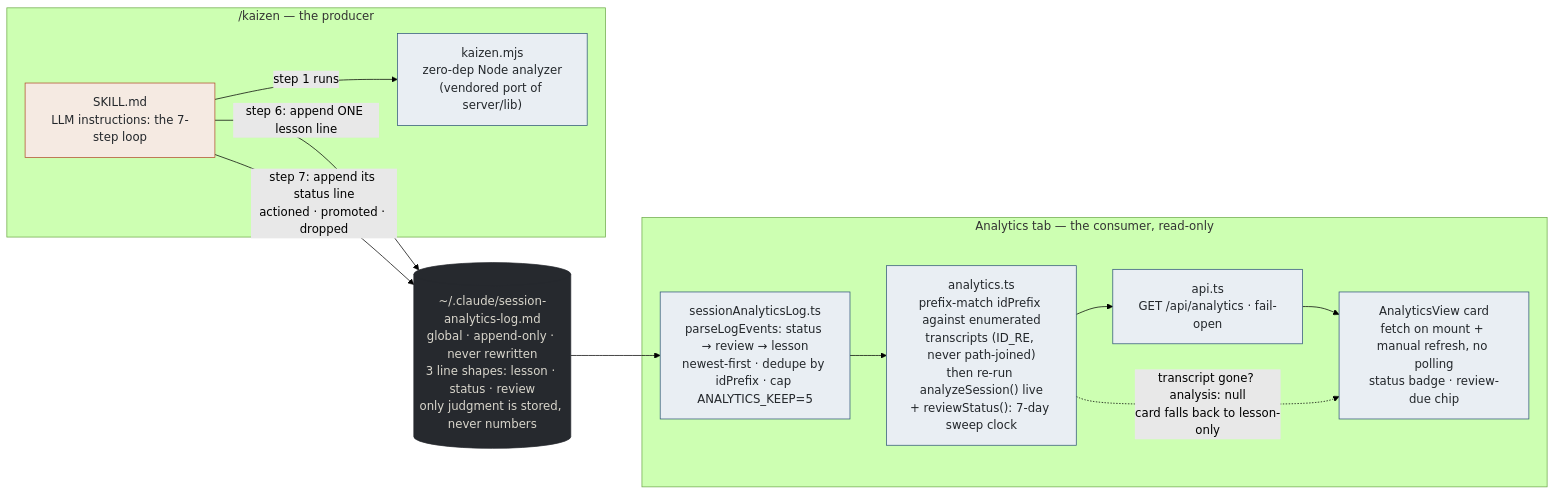
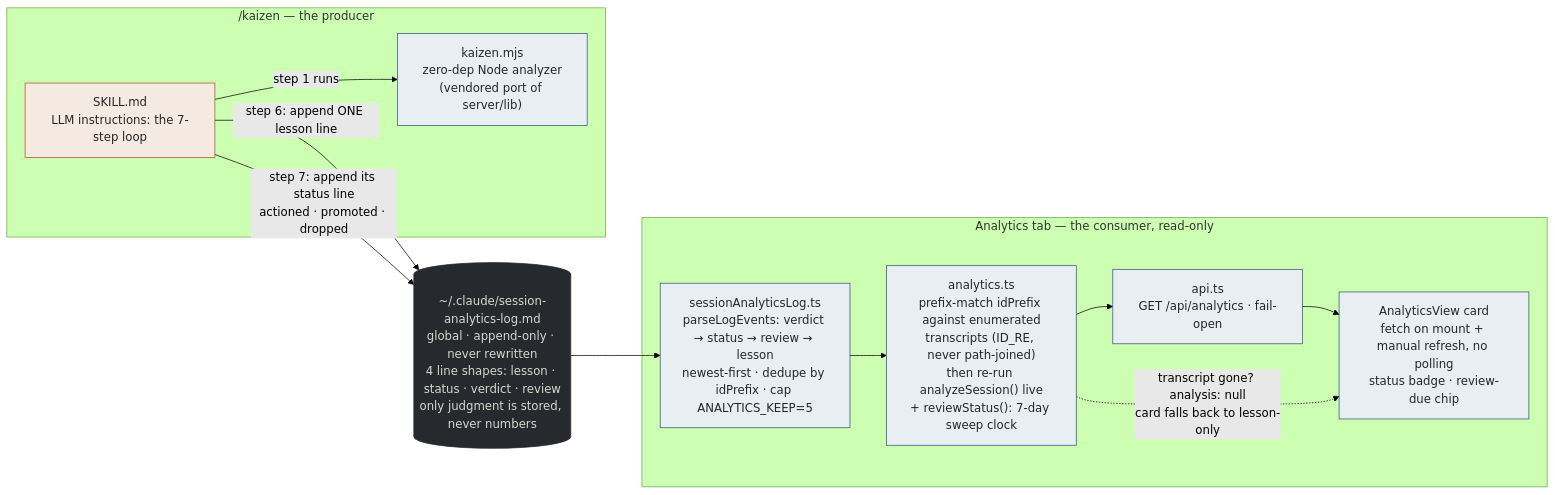
The first of 6 diagrams in docs/learning-notes/kaizen-and-analytics-diagrams.md (futin/claude-agents-dashboard), drawn with Mermaid (forest theme) before and after one commit. The commit also changed other lines of this file and 42 other files, not shown here.

````diff
--- a/docs/learning-notes/kaizen-and-analytics-diagrams.md
+++ b/docs/learning-notes/kaizen-and-analytics-diagrams.md
@@ -16,31 +16,31 @@
 ```mermaid
 flowchart LR
     subgraph P["/kaizen — the producer"]
         SK["SKILL.md<br/>LLM instructions: the 7-step loop"]
         MJ["kaizen.mjs<br/>zero-dep Node analyzer<br/>(vendored port of server/lib)"]
         SK -->|"step 1 runs"| MJ
     end
 
-    LOG[("~/.claude/session-analytics-log.md<br/>global · append-only · never rewritten<br/>3 line shapes: lesson · status · review<br/>only judgment is stored, never numbers")]
+    LOG[("~/.claude/session-analytics-log.md<br/>global · append-only · never rewritten<br/>4 line shapes: lesson · status · verdict · review<br/>only judgment is stored, never numbers")]
 
     subgraph C["Analytics tab — the consumer, read-only"]
-        SAL["sessionAnalyticsLog.ts<br/>parseLogEvents: status → review → lesson<br/>newest-first · dedupe by idPrefix · cap ANALYTICS_KEEP=5"]
+        SAL["sessionAnalyticsLog.ts<br/>parseLogEvents: verdict → status → review → lesson<br/>newest-first · dedupe by idPrefix · cap ANALYTICS_KEEP=5"]
         AN["analytics.ts<br/>prefix-match idPrefix against enumerated<br/>transcripts (ID_RE, never path-joined)<br/>then re-run analyzeSession() live<br/>+ reviewStatus(): 7-day sweep clock"]
         API["api.ts<br/>GET /api/analytics · fail-open"]
         AV["AnalyticsView card<br/>fetch on mount + manual refresh, no polling<br/>status badge · review-due chip"]
         SAL --> AN --> API --> AV
     end
 
     SK -->|"step 6: append ONE lesson line"| LOG
     SK -->|"step 7: append its status line<br/>actioned · promoted · dropped"| LOG
     LOG --> SAL
 
     AN -.->|"transcript gone? analysis: null<br/>card falls back to lesson-only"| AV
 
     classDef judgment fill:#F5EAE2,stroke:#B0502C,color:#23272B
     classDef exact fill:#E9EEF3,stroke:#2F5578,color:#23272B
     classDef wire fill:#26292E,stroke:#26292E,color:#D9D6CC
     class SK judgment
     class MJ,SAL,AN,API,AV exact
     class LOG wire
 ```
````
